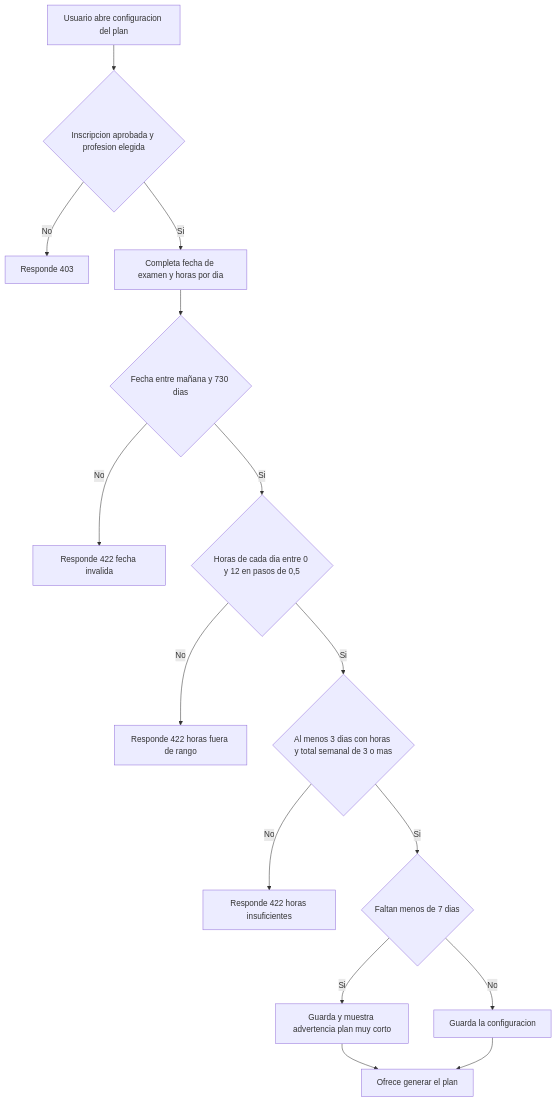
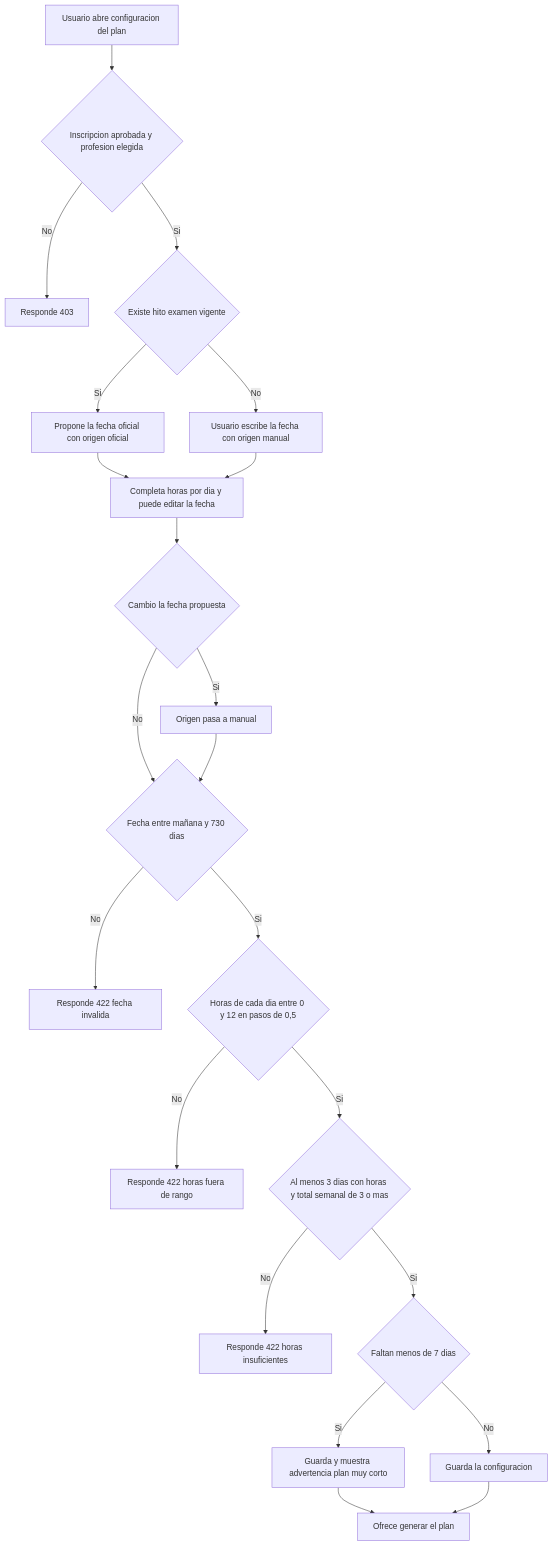
Before and after one commit to bacsystem/learning: the first of 2 diagrams in docs/stories/serums-ia/E7-01-configuracion-plan.md, drawn with Mermaid. The commit also changed other lines of this file and 33 other files, not shown here.

````diff
--- a/docs/stories/serums-ia/E7-01-configuracion-plan.md
+++ b/docs/stories/serums-ia/E7-01-configuracion-plan.md
@@ -24,17 +19,24 @@
 ```mermaid
 flowchart TD
   A[Usuario abre configuracion del plan] --> B{Inscripcion aprobada y profesion elegida}
   B -- No --> X1[Responde 403]
-  B -- Si --> C[Completa fecha de examen y horas por dia]
-  C --> D{Fecha entre mañana y 730 dias}
+  B -- Si --> O{Existe hito examen vigente}
+  O -- Si --> O1[Propone la fecha oficial con origen oficial]
+  O -- No --> O2[Usuario escribe la fecha con origen manual]
+  O1 --> C[Completa horas por dia y puede editar la fecha]
+  O2 --> C
+  C --> M{Cambio la fecha propuesta}
+  M -- Si --> M1[Origen pasa a manual]
+  M -- No --> D
+  M1 --> D{Fecha entre mañana y 730 dias}
   D -- No --> X2[Responde 422 fecha invalida]
   D -- Si --> E{Horas de cada dia entre 0 y 12 en pasos de 0,5}
   E -- No --> X3[Responde 422 horas fuera de rango]
   E -- Si --> F{Al menos 3 dias con horas y total semanal de 3 o mas}
   F -- No --> X4[Responde 422 horas insuficientes]
   F -- Si --> G{Faltan menos de 7 dias}
   G -- Si --> H[Guarda y muestra advertencia plan muy corto]
   G -- No --> I[Guarda la configuracion]
   H --> J[Ofrece generar el plan]
   I --> J
 ```
````
